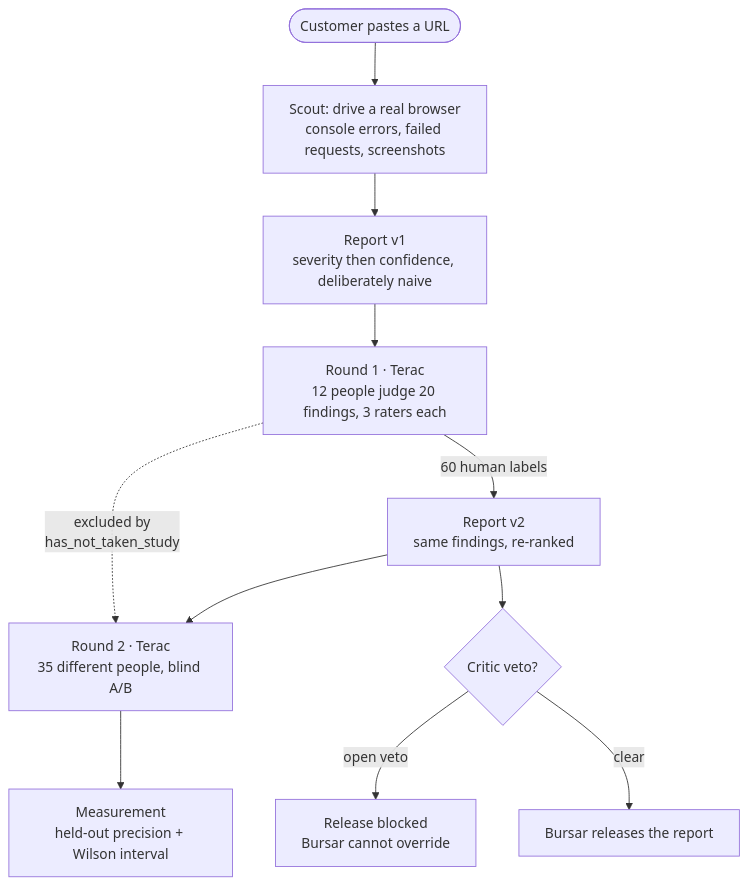
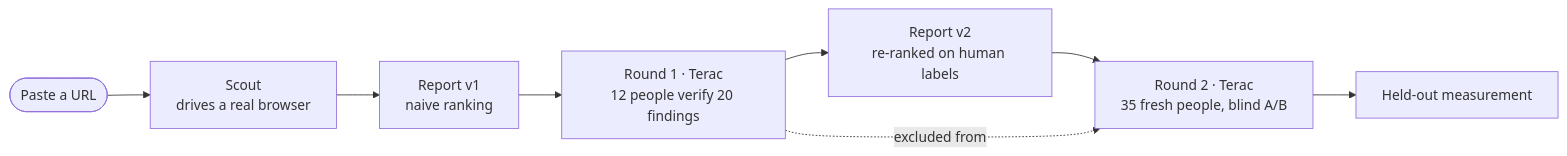
One commit to quachphu/Overwatch changed the diagram in README.md. Above: the diagram before and after it, drawn with Mermaid. The commit also changed other lines of this file, not shown here.

````diff
--- a/README.md
+++ b/README.md
@@ -22,17 +22,10 @@
 ```mermaid
-flowchart TB
-    U([Customer pastes a URL]) --> S[Scout: drive a real browser<br/>console errors, failed requests, screenshots]
-    S --> V1[Report v1<br/>severity then confidence, deliberately naive]
-
-    V1 --> R1[Round 1 · Terac<br/>12 people judge 20 findings, 3 raters each]
-    R1 -->|60 human labels| V2[Report v2<br/>same findings, re-ranked]
-
-    V2 --> R2[Round 2 · Terac<br/>35 different people, blind A/B]
-    R2 --> M[Measurement<br/>held-out precision + Wilson interval]
-
-    V2 --> C{Critic veto?}
-    C -->|open veto| BLOCK[Release blocked<br/>Bursar cannot override]
-    C -->|clear| REL[Bursar releases the report]
-
-    R1 -.->|excluded by<br/>has_not_taken_study| R2
+flowchart LR
+    U([Paste a URL]) --> S[Scout<br/>drives a real browser]
+    S --> V1[Report v1<br/>naive ranking]
+    V1 --> R1[Round 1 · Terac<br/>12 people verify 20 findings]
+    R1 --> V2[Report v2<br/>re-ranked on human labels]
+    V2 --> R2[Round 2 · Terac<br/>35 fresh people, blind A/B]
+    R2 --> M[Held-out measurement]
+    R1 -.excluded from.-> R2
 ```
````
